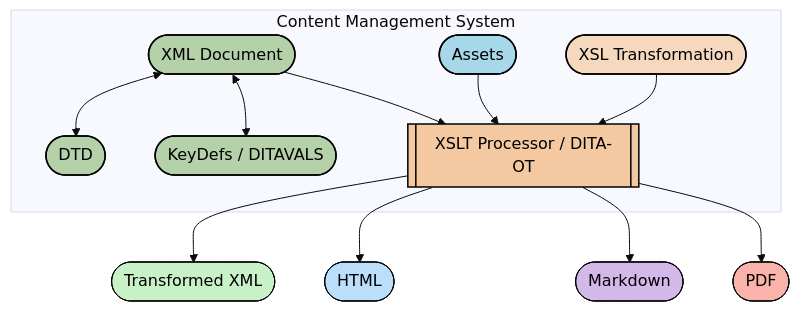
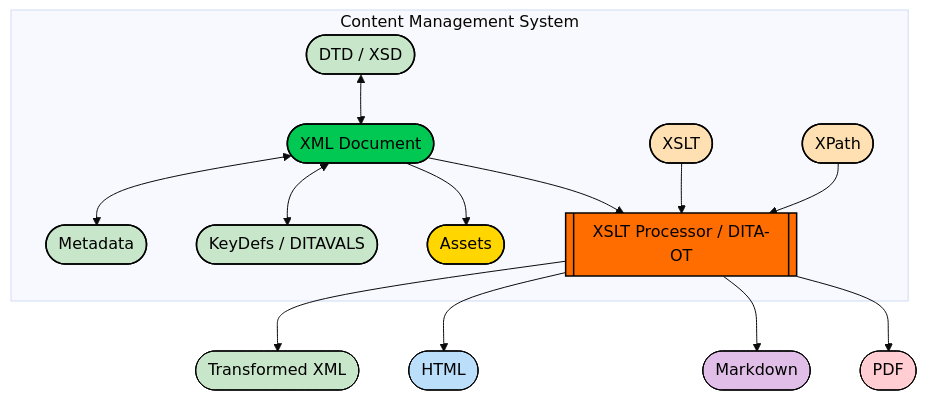
Before and after one commit to veera-linga/blogs: the diagram in all-about-xml.md, drawn with Mermaid. The commit also changed other lines of this file, not shown here.

Commit message:
all about xml updates

```diff
--- a/all-about-xml.md
+++ b/all-about-xml.md
@@ -12,44 +12,70 @@
 <div class="mermaid">
 %%{init: {'theme':'base', 'flowchart': {'layout': 'elk'}}}%%
 flowchart TD
 
   %% CMS boundary
   subgraph CMS ["Content Management System"]
-    XML(["XML Document"]):::artifact
-    DTD(["DTD"]):::artifact
-    VARIABLES(["KeyDefs / DITAVALS"]):::artifact
-    Assets(["Assets"]):::asset
-    XSLT(["XSL Transformation"]):::activity
-    Processor[["XSLT Processor / DITA-OT"]]:::component
+    XML(["XML Document"])
+    DTD(["DTD / XSD"])
+    Metadata(["Metadata"])
+    VARIABLES(["KeyDefs / DITAVALS"])
+    Assets(["Assets"])
+    XSLT(["XSLT"])
+    XPath(["XPath"])
+    Processor[["XSLT Processor / DITA-OT"]]
   end
 
   %% Outputs boundary
-    OutputXML(["Transformed XML"]):::outputxml
-    HTML(["HTML"]):::html
-    MD(["Markdown"]):::md
-    PDF(["PDF"]):::pdf
+  OutputXML(["Transformed XML"])
+  HTML(["HTML"])
+  MD(["Markdown"])
+  PDF(["PDF"])
 
-  %% Relations
-  XML <--> DTD
+  %% Relations (split edges for compatibility)
+  DTD <--> XML
   XML <--> VARIABLES
+  XML <--> Metadata
   XML --> Processor
-  Assets --> Processor
+  XML --> Assets
   XSLT --> Processor
+  XPath --> Processor
 
   Processor --> OutputXML
   Processor --> HTML
   Processor --> MD
   Processor --> PDF
 
-  %% STYLES
+  %% Base styles and classes
   classDef artifact fill: #b4d1aa,stroke: #000,stroke-width:1.5px,color: #000,rx:6,ry:6
   classDef component fill: #f4c9a1,stroke: #000,stroke-width:1.5px,color: #000,rx:6,ry:6
   classDef activity fill: #f5d8bd,stroke: #000,stroke-width:1.5px,color: #000,rx:6,ry:6
   classDef asset fill: #a7d8ea,stroke: #000,stroke-width:1.5px,color: #000,rx:6,ry:6
-
-  %% Outputs with distinct shades
   classDef outputxml fill: #c8f1c8,stroke: #000,color: #000,rx:6,ry:6
   classDef html fill: #bbdefb,stroke: #000,color: #000,rx:6,ry:6
   classDef pdf fill: #f9b3aa,stroke: #000,color: #000,rx:6,ry:6
   classDef md fill: #d3b8ea,stroke: #000,color: #000,rx:6,ry:6
+
+  %% Override colors - applied last for emphasis
+  style XML fill:#00C853
+  style DTD fill:#C8E6C9
+  style Metadata fill:#C8E6C9
+  style VARIABLES fill:#C8E6C9
+  style Assets fill:#FFD600
+  style XSLT fill:#FFE0B2
+  style XPath fill:#FFE0B2
+  style Processor fill:#FF6D00
+  style OutputXML fill:#C8E6C9
+  style HTML fill:#BBDEFB
+  style MD fill:#E1BEE7
+  style PDF fill:#FFCDD2
+
+  %% Assigning classes
+  class XML,DTD,Metadata,VARIABLES artifact
+  class Assets asset
+  class XSLT,XPath activity
+  class Processor component
+  class OutputXML outputxml
+  class HTML html
+  class PDF pdf
+  class MD md
 </div>
```
